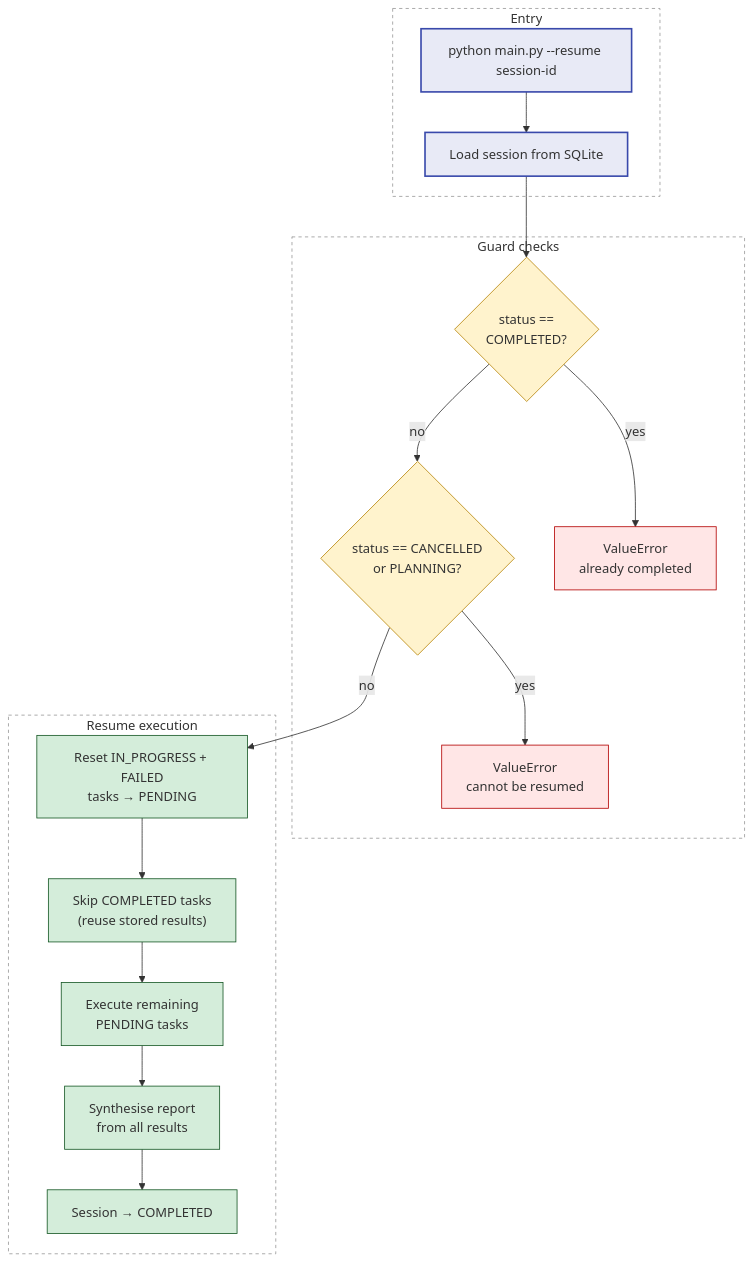
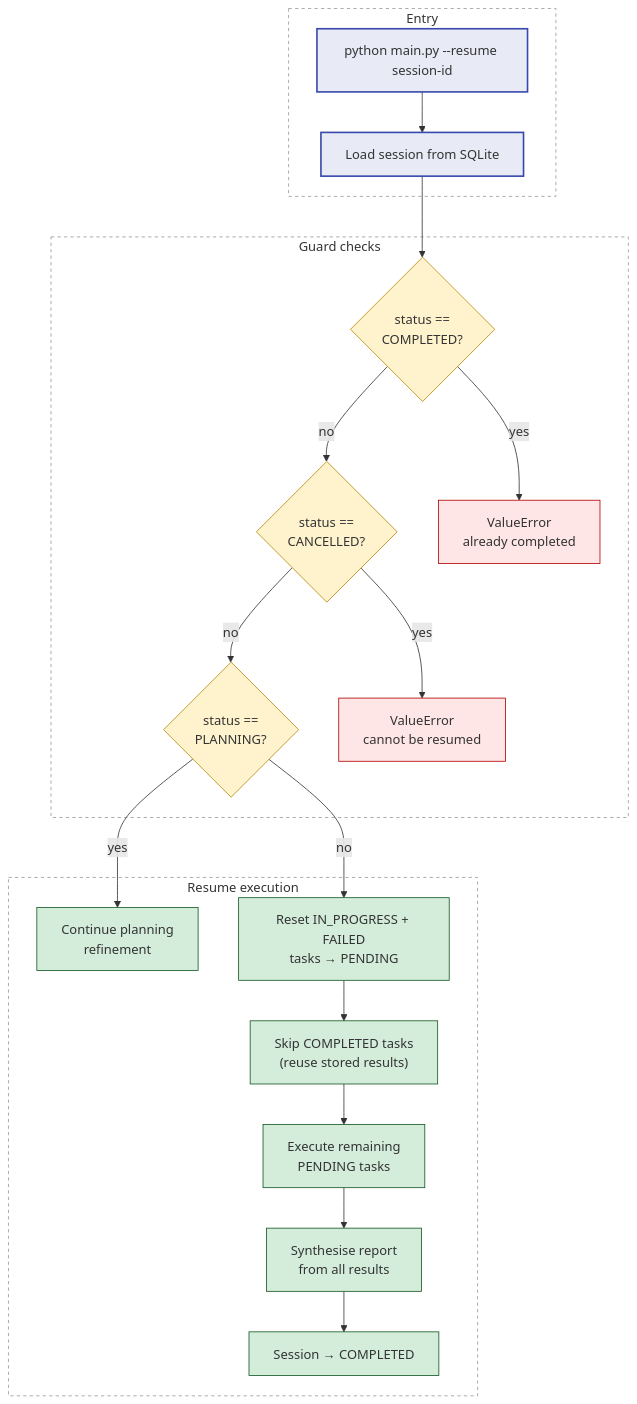
The second of 2 diagrams in docs/WALKTHROUGH.md (tinnlo/wolters_kluwer_case), drawn with Mermaid before and after one commit. The commit also changed other lines of this file and 25 other files, not shown here.

````diff
--- a/docs/WALKTHROUGH.md
+++ b/docs/WALKTHROUGH.md
@@ -276,42 +332,46 @@
 ```mermaid
 graph TD
     subgraph ENTRY["Entry"]
         R["python main.py --resume session-id"]
         LOAD["Load session from SQLite"]
     end
 
     subgraph GUARDS["Guard checks"]
         G1{"status ==<br>COMPLETED?"}
-        G2{"status == CANCELLED<br>or PLANNING?"}
+        G2{"status ==<br>CANCELLED?"}
+        G3{"status ==<br>PLANNING?"}
         ERR1["ValueError<br>already completed"]
         ERR2["ValueError<br>cannot be resumed"]
     end
 
     subgraph RESUME["Resume execution"]
+        PLAN_RESUME["Continue planning<br>refinement"]
         RESET["Reset IN_PROGRESS + FAILED<br>tasks → PENDING"]
         SKIP["Skip COMPLETED tasks<br>(reuse stored results)"]
         EXEC["Execute remaining<br>PENDING tasks"]
         SYNTH["Synthesise report<br>from all results"]
         DONE["Session → COMPLETED"]
     end
 
     R --> LOAD --> G1
     G1 -- yes --> ERR1
     G1 -- no --> G2
     G2 -- yes --> ERR2
-    G2 -- no --> RESET --> SKIP --> EXEC --> SYNTH --> DONE
+    G2 -- no --> G3
+    G3 -- yes --> PLAN_RESUME
+    G3 -- no --> RESET --> SKIP --> EXEC --> SYNTH --> DONE
 
     classDef entrynode  fill:#e8eaf6,stroke:#3949ab,stroke-width:2px
     classDef guard      fill:#fff3cd,stroke:#b8860b,stroke-width:1px
     classDef error      fill:#ffe6e6,stroke:#b30000,stroke-width:1px
     classDef resume     fill:#d4edda,stroke:#155724,stroke-width:1px
 
     class R,LOAD entrynode
-    class G1,G2 guard
+    class G1,G2,G3 guard
     class ERR1,ERR2 error
-    class RESET,SKIP,EXEC,SYNTH,DONE resume
+    class PLAN_RESUME,RESET,SKIP,EXEC,SYNTH,DONE resume
 
     style ENTRY  fill:transparent,stroke:#999,stroke-width:1px,stroke-dasharray:4 4
     style GUARDS fill:transparent,stroke:#999,stroke-width:1px,stroke-dasharray:4 4
     style RESUME fill:transparent,stroke:#999,stroke-width:1px,stroke-dasharray:4 4
 ```
````
